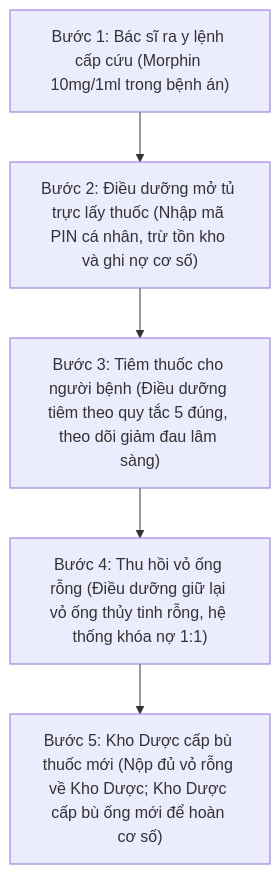
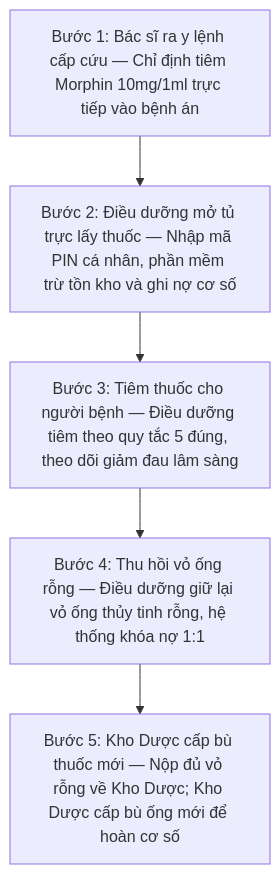
Before and after one commit to TontonYuta/clinical-ward: the first of 3 diagrams in docs/Bao_Cao_Tien_Do_Tuan_3.md, drawn with Mermaid. The commit also changed other lines of this file and 2 other files, not shown here.

````diff
--- a/docs/Bao_Cao_Tien_Do_Tuan_3.md
+++ b/docs/Bao_Cao_Tien_Do_Tuan_3.md
@@ -29,10 +27,10 @@
 ```mermaid
 flowchart TD
-    S1["Bước 1: Bác sĩ ra y lệnh cấp cứu (Morphin 10mg/1ml trong bệnh án)"]
-    S2["Bước 2: Điều dưỡng mở tủ trực lấy thuốc (Nhập mã PIN cá nhân, trừ tồn kho và ghi nợ cơ số)"]
-    S3["Bước 3: Tiêm thuốc cho người bệnh (Điều dưỡng tiêm theo quy tắc 5 đúng, theo dõi giảm đau lâm sàng)"]
-    S4["Bước 4: Thu hồi vỏ ống rỗng (Điều dưỡng giữ lại vỏ ống thủy tinh rỗng, hệ thống khóa nợ 1:1)"]
-    S5["Bước 5: Kho Dược cấp bù thuốc mới (Nộp đủ vỏ rỗng về Kho Dược; Kho Dược cấp bù ống mới để hoàn cơ số)"]
+    S1["Bước 1: Bác sĩ ra y lệnh cấp cứu — Chỉ định tiêm Morphin 10mg/1ml trực tiếp vào bệnh án"]
+    S2["Bước 2: Điều dưỡng mở tủ trực lấy thuốc — Nhập mã PIN cá nhân, phần mềm trừ tồn kho và ghi nợ cơ số"]
+    S3["Bước 3: Tiêm thuốc cho người bệnh — Điều dưỡng tiêm theo quy tắc 5 đúng, theo dõi giảm đau lâm sàng"]
+    S4["Bước 4: Thu hồi vỏ ống rỗng — Điều dưỡng giữ lại vỏ ống thủy tinh rỗng, hệ thống khóa nợ 1:1"]
+    S5["Bước 5: Kho Dược cấp bù thuốc mới — Nộp đủ vỏ rỗng về Kho Dược; Kho Dược cấp bù ống mới để hoàn cơ số"]
 
     S1 --> S2 --> S3 --> S4 --> S5
 ```
````
